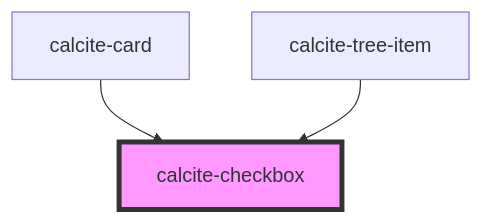
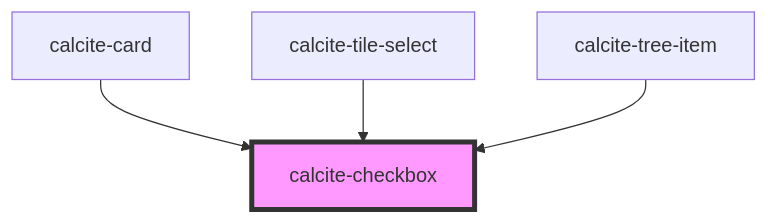
Before and after one commit to Esri/calcite-design-system: the diagram in packages/calcite-components/src/components/checkbox/readme.md, drawn with Mermaid. The commit also changed other lines of this file and 82 other files, not shown here.

````diff
--- a/packages/calcite-components/src/components/checkbox/readme.md
+++ b/packages/calcite-components/src/components/checkbox/readme.md
@@ -76,6 +84,7 @@
 ```mermaid
 graph TD;
   calcite-card --> calcite-checkbox
+  calcite-tile-select --> calcite-checkbox
   calcite-tree-item --> calcite-checkbox
   style calcite-checkbox fill:#f9f,stroke:#333,stroke-width:4px
 ```
````
